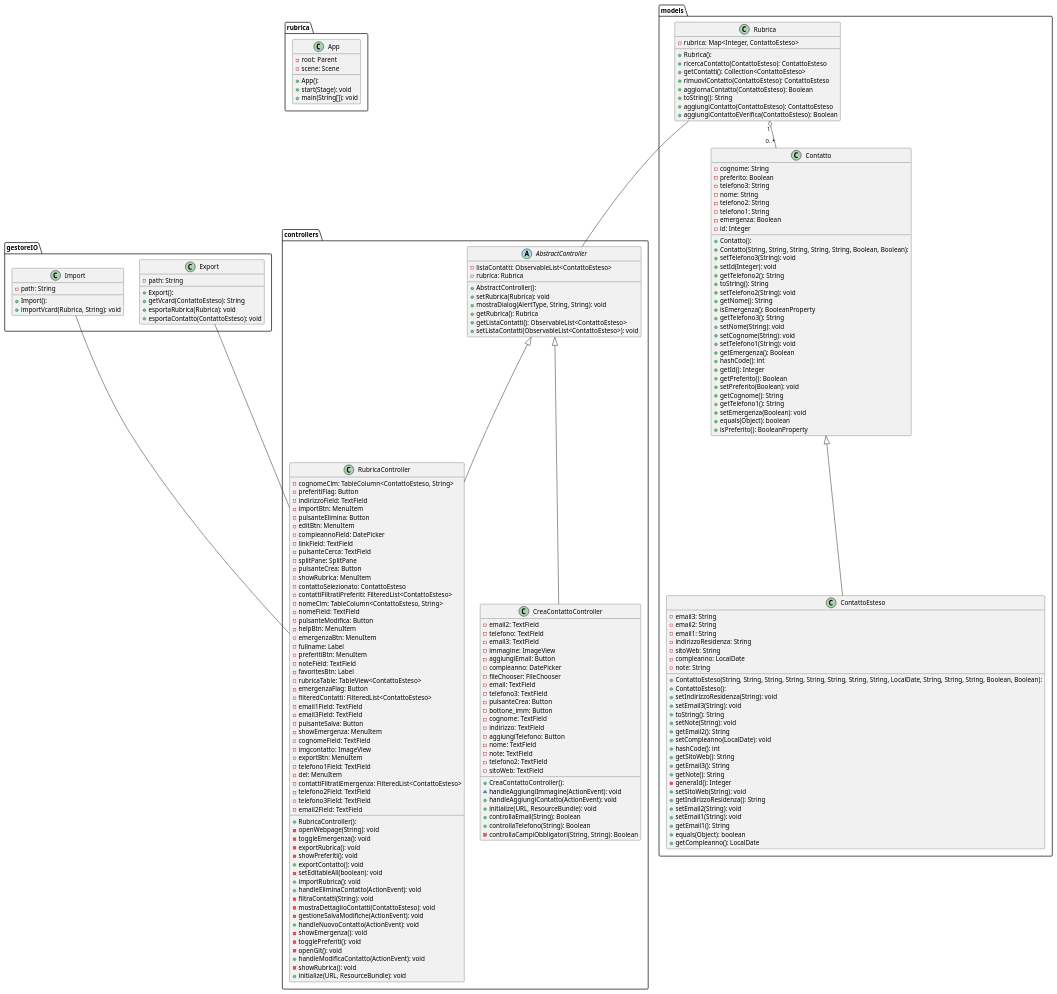
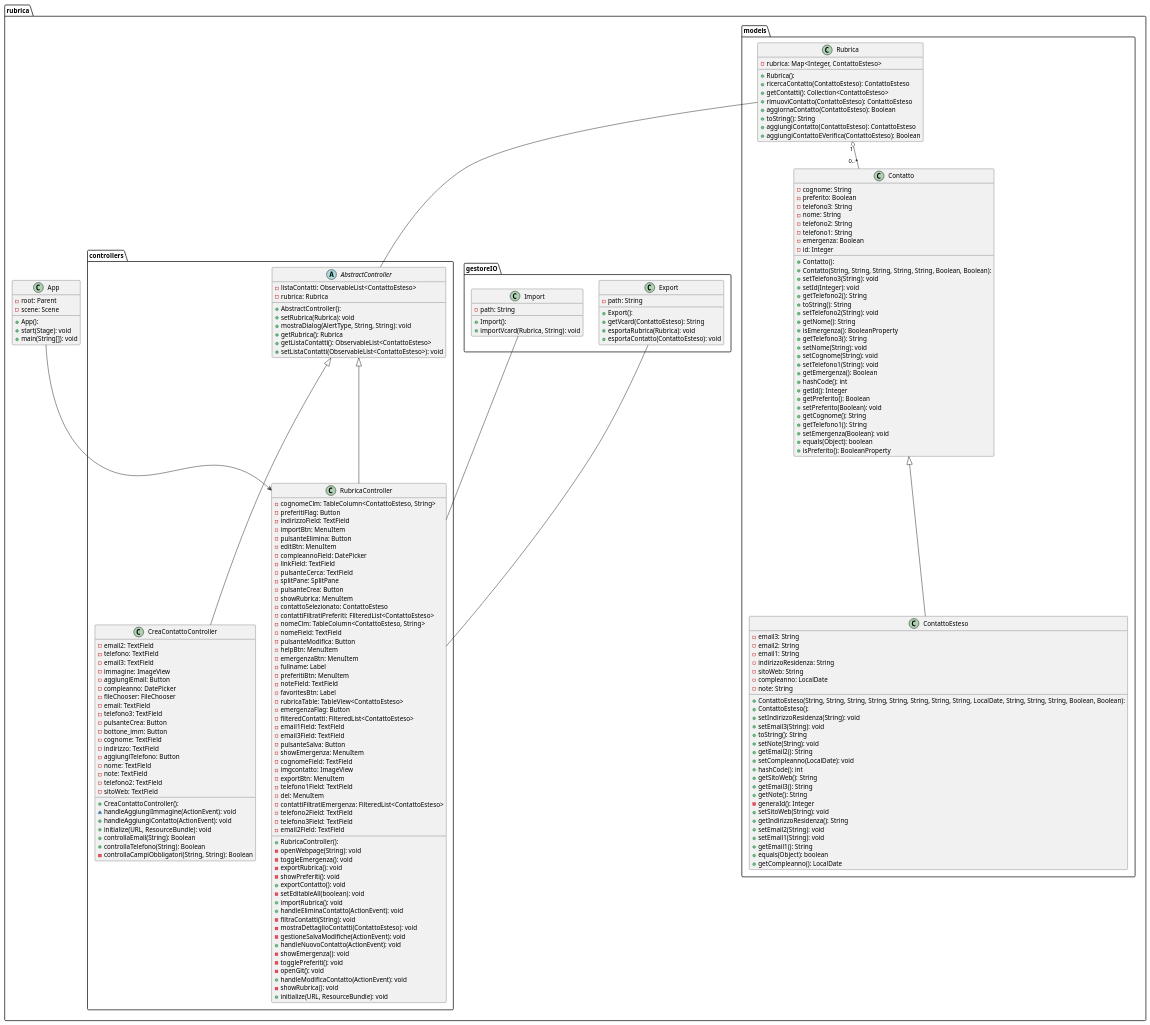
One commit to emanueletocci/uni-swe-project changed the diagram in docs/bozze/Diagrammi/Classi2/DiagrammaClassiDettagliato.puml. Above: the diagram before and after it, drawn with PlantUML.

```diff
--- a/docs/bozze/Diagrammi/Classi2/DiagrammaClassiDettagliato.puml
+++ b/docs/bozze/Diagrammi/Classi2/DiagrammaClassiDettagliato.puml
@@ -8,7 +8,7 @@
   + start(Stage): void
   + main(String[]): void
 }
-}
+
 
 package controllers {
  abstract class AbstractController {
@@ -203,6 +203,7 @@
   + importVcard(Rubrica, String): void
 }
 }
+}
 
 Rubrica    "1" o-- "0..*"   Contatto
 Contatto     <|--           ContattoEsteso
@@ -211,4 +212,6 @@
 Rubrica -- AbstractController
 Import -- RubricaController
 Export -- RubricaController
+App --> RubricaController
+
 @enduml
```
